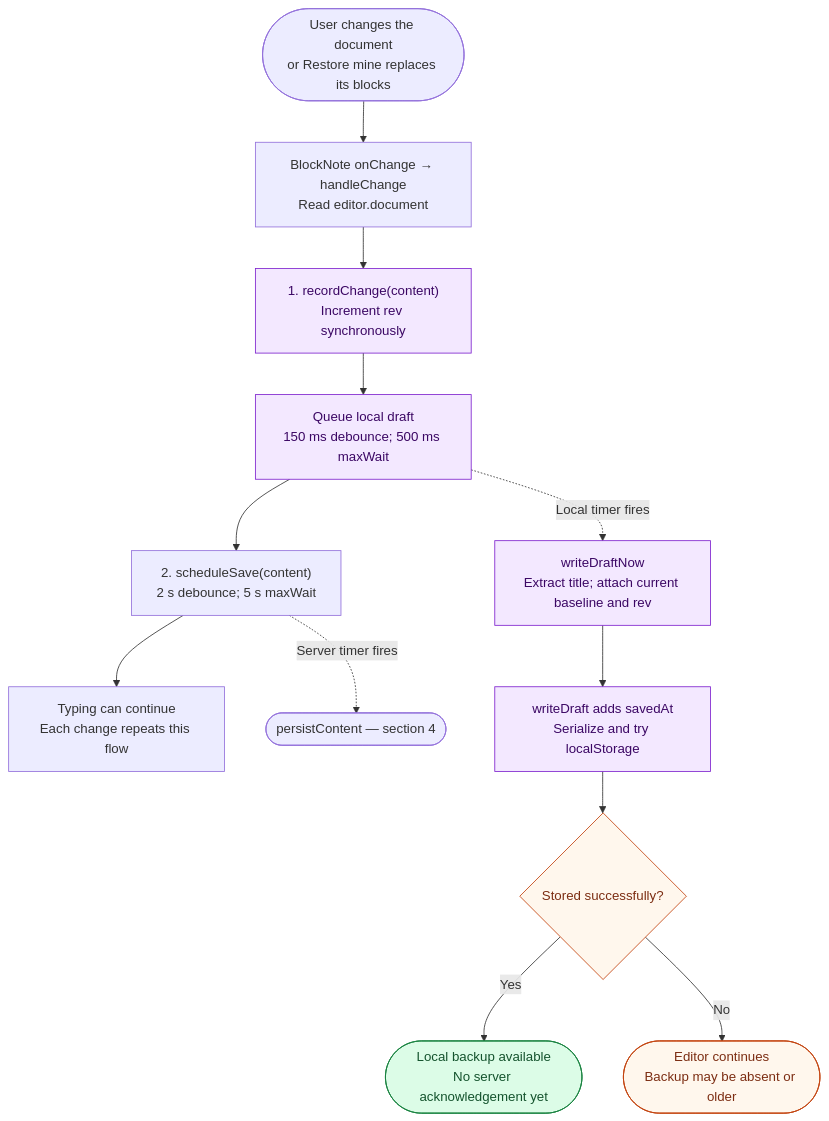
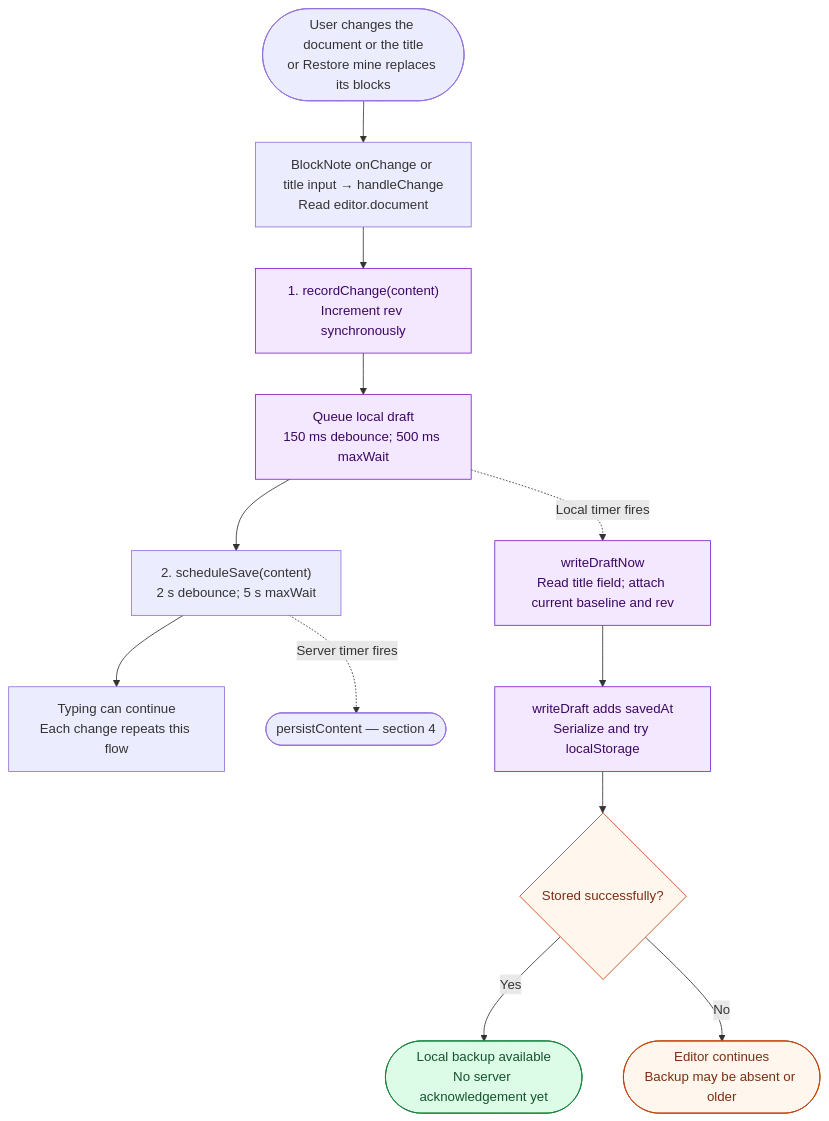
Before and after one commit to youseffswd/note-management: the second of 10 diagrams in docs/note-editor-flow.md, drawn with Mermaid. The commit also changed other lines of this file and 12 other files, not shown here.

Commit message:
refactor: the title is its own field

````diff
--- a/docs/note-editor-flow.md
+++ b/docs/note-editor-flow.md
@@ -97,20 +97,20 @@
 ```mermaid
 flowchart TD
-    A(["User changes the document<br/>or Restore mine replaces its blocks"]) --> B["BlockNote onChange → handleChange<br/>Read editor.document"]
+    A(["User changes the document or the title<br/>or Restore mine replaces its blocks"]) --> B["BlockNote onChange or title input → handleChange<br/>Read editor.document"]
     B --> C["1. recordChange(content)<br/>Increment rev synchronously"]
     C --> D["Queue local draft<br/>150 ms debounce; 500 ms maxWait"]
     D --> E["2. scheduleSave(content)<br/>2 s debounce; 5 s maxWait"]
     E --> F["Typing can continue<br/>Each change repeats this flow"]
-    D -.->|Local timer fires| G["writeDraftNow<br/>Extract title; attach current baseline and rev"]
+    D -.->|Local timer fires| G["writeDraftNow<br/>Read title field; attach current baseline and rev"]
     G --> H["writeDraft adds savedAt<br/>Serialize and try localStorage"]
     H --> I{"Stored successfully?"}
     I -->|Yes| J(["Local backup available<br/>No server acknowledgement yet"])
     I -->|No| K(["Editor continues<br/>Backup may be absent or older"])
     E -.->|Server timer fires| L(["persistContent — section 4"])
     classDef local fill:#f3e8ff,stroke:#7e22ce,color:#3b0764;
     classDef good fill:#dcfce7,stroke:#15803d,color:#14532d;
     classDef warn fill:#fff7ed,stroke:#c2410c,color:#7c2d12;
     class C,D,G,H local;
     class J good;
     class I,K warn;
 ```
````
